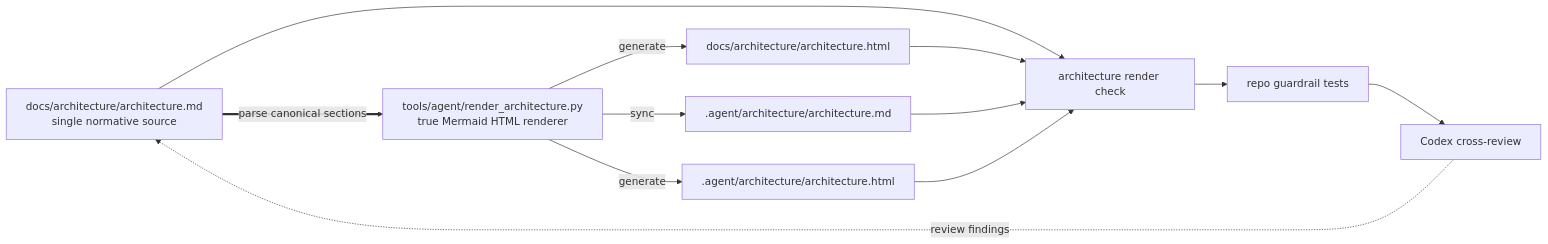
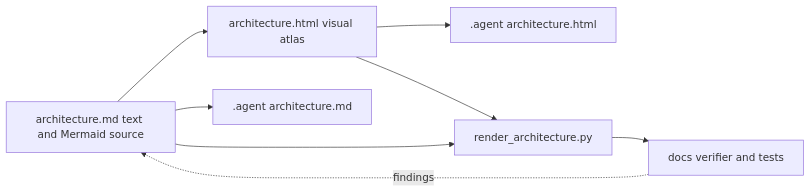
One commit to ProfessorZhi/Zuno changed the sixth of 30 diagrams in docs/architecture/architecture.md. Above: the diagram before and after it, drawn with Mermaid. The commit also changed other lines of this file, not shown here.

Commit message:
Make target architecture Markdown text-first and design-complete

````diff
--- a/docs/architecture/architecture.md
+++ b/docs/architecture/architecture.md
@@ -343,23 +724,10 @@
 ```mermaid
 flowchart LR
-  MD["docs/architecture/architecture.md<br/>single normative source"]
-  RENDER["tools/agent/render_architecture.py<br/>true Mermaid HTML renderer"]
-  HTML["docs/architecture/architecture.html"]
-  MIRROR_MD[".agent/architecture/architecture.md"]
-  MIRROR_HTML[".agent/architecture/architecture.html"]
-  VERIFY["architecture render check"]
-  TESTS["repo guardrail tests"]
-  CODEX["Codex cross-review"]
-
-  MD ==>|parse canonical sections| RENDER
-  RENDER -->|generate| HTML
-  RENDER -->|sync| MIRROR_MD
-  RENDER -->|generate| MIRROR_HTML
-  MD --> VERIFY
-  HTML --> VERIFY
-  MIRROR_MD --> VERIFY
-  MIRROR_HTML --> VERIFY
-  VERIFY --> TESTS
-  TESTS --> CODEX
-  CODEX -.->|review findings| MD
+  MD[architecture.md text and Mermaid source] --> HTML[architecture.html visual atlas]
+  MD --> MirrorMD[.agent architecture.md]
+  HTML --> MirrorHTML[.agent architecture.html]
+  MD --> Renderer[render_architecture.py]
+  HTML --> Renderer
+  Renderer --> Verify[docs verifier and tests]
+  Verify -.->|findings| MD
 ```
````
